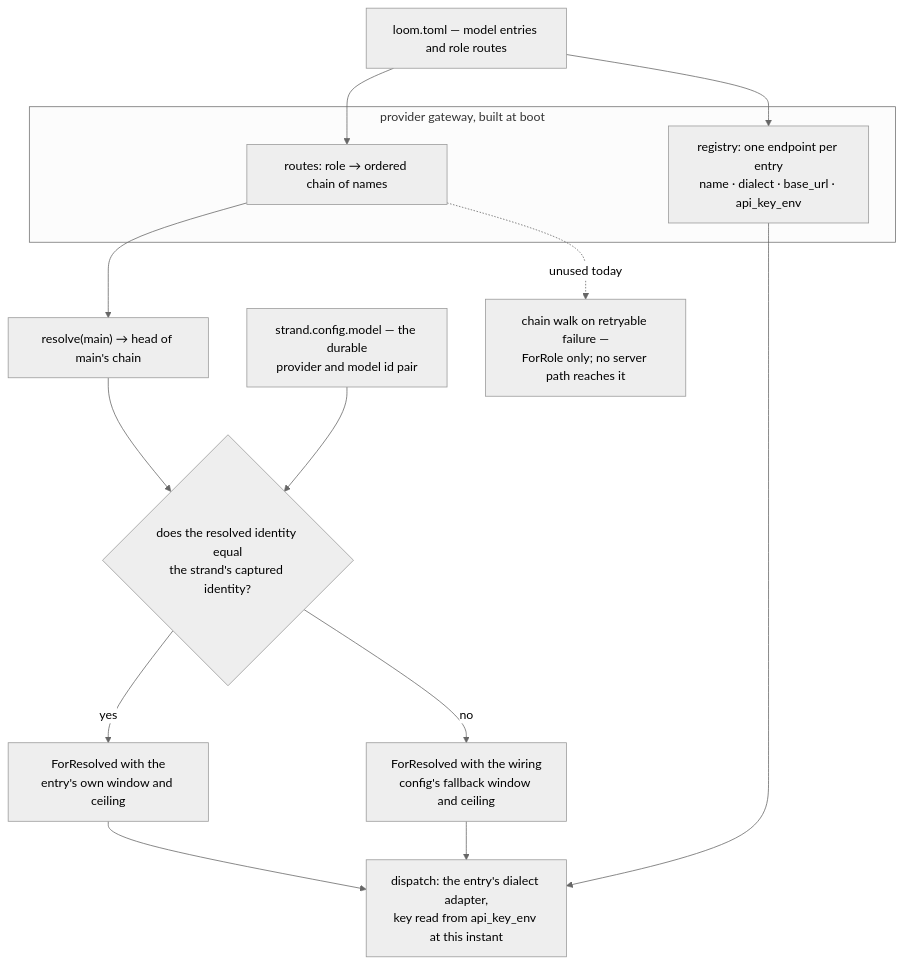
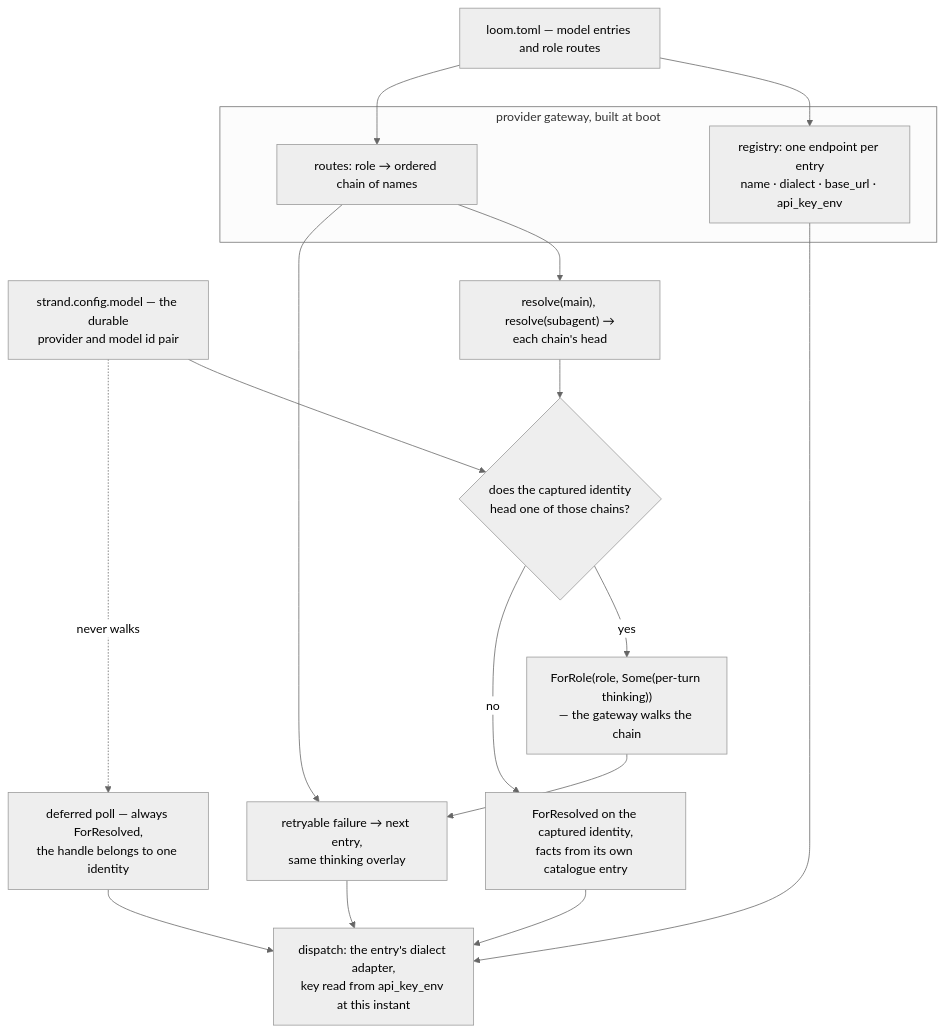
Before and after one commit to Roasbeef/loom: the diagram in docs/architecture/models.md, drawn with Mermaid (neutral theme). The commit also changed other lines of this file and 6 other files, not shown here.

````diff
--- a/docs/architecture/models.md
+++ b/docs/architecture/models.md
@@ -135,33 +159,38 @@
 ```mermaid
 flowchart TB
     TOML["loom.toml — model entries and role routes"]
 
     subgraph GW["provider gateway, built at boot"]
         REG["registry: one endpoint per entry<br/>name · dialect · base_url · api_key_env"]
         RT["routes: role → ordered chain of names"]
     end
 
     TOML --> REG
     TOML --> RT
 
     CFG["strand.config.model — the durable<br/>provider and model id pair"]
-    RES["resolve(main) → head of main's chain"]
+    RES["resolve(main), resolve(subagent) →<br/>each chain's head"]
     RT --> RES
 
-    TGT{"does the resolved identity equal<br/>the strand's captured identity?"}
+    TGT{"does the captured identity<br/>head one of those chains?"}
     RES --> TGT
     CFG --> TGT
 
-    EXACT["ForResolved with the<br/>entry's own window and ceiling"]
-    FB["ForResolved with the wiring<br/>config's fallback window and ceiling"]
-    TGT -- yes --> EXACT
+    ROLE["ForRole(role, Some(per-turn thinking))<br/>— the gateway walks the chain"]
+    FB["ForResolved on the captured identity,<br/>facts from its own catalogue entry"]
+    TGT -- yes --> ROLE
     TGT -- no --> FB
 
+    WALK["retryable failure → next entry,<br/>same thinking overlay"]
+    ROLE --> WALK
+    RT --> WALK
+
     DISP["dispatch: the entry's dialect adapter,<br/>key read from api_key_env at this instant"]
-    EXACT --> DISP
+    WALK --> DISP
     FB --> DISP
     REG --> DISP
 
-    WALK["chain walk on retryable failure —<br/>ForRole only; no server path reaches it"]
-    RT -. unused today .-> WALK
+    POLL["deferred poll — always ForResolved,<br/>the handle belongs to one identity"]
+    CFG -. never walks .-> POLL
+    POLL --> DISP
 ```
````
